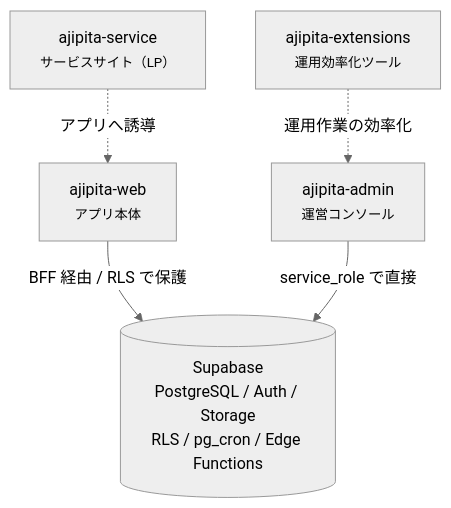
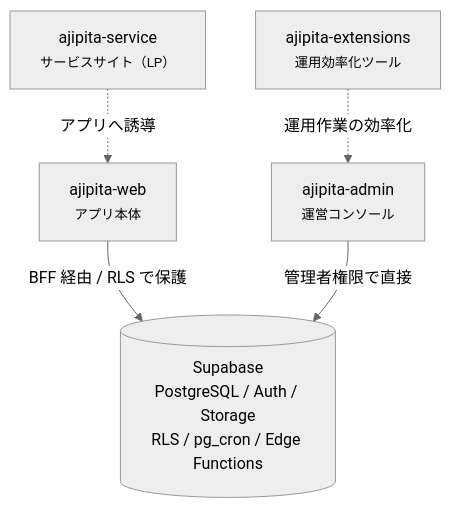
The diagram in docs/01-architecture.md (tzptzptzptzptzp/ajipita-inside), drawn with Mermaid (neutral theme) before and after one commit.

Commit message:
🔒 admin のアクセス方式からキー名の記述を外す
具体的なキー名を出す利益が無いため一般的な表現に統一。

````diff
--- a/docs/01-architecture.md
+++ b/docs/01-architecture.md
@@ -11,14 +11,14 @@
 ```mermaid
 flowchart TB
     DB[("Supabase<br/>PostgreSQL / Auth / Storage<br/>RLS / pg_cron / Edge Functions")]
 
     WEB["ajipita-web<br/><small>アプリ本体</small>"]
     ADMIN["ajipita-admin<br/><small>運営コンソール</small>"]
     SERVICE["ajipita-service<br/><small>サービスサイト（LP）</small>"]
     EXT["ajipita-extensions<br/><small>運用効率化ツール</small>"]
 
     WEB -->|"BFF 経由 / RLS で保護"| DB
-    ADMIN -->|"service_role で直接"| DB
+    ADMIN -->|"管理者権限で直接"| DB
     SERVICE -.->|"アプリへ誘導"| WEB
     EXT -.->|"運用作業の効率化"| ADMIN
 ```
````
